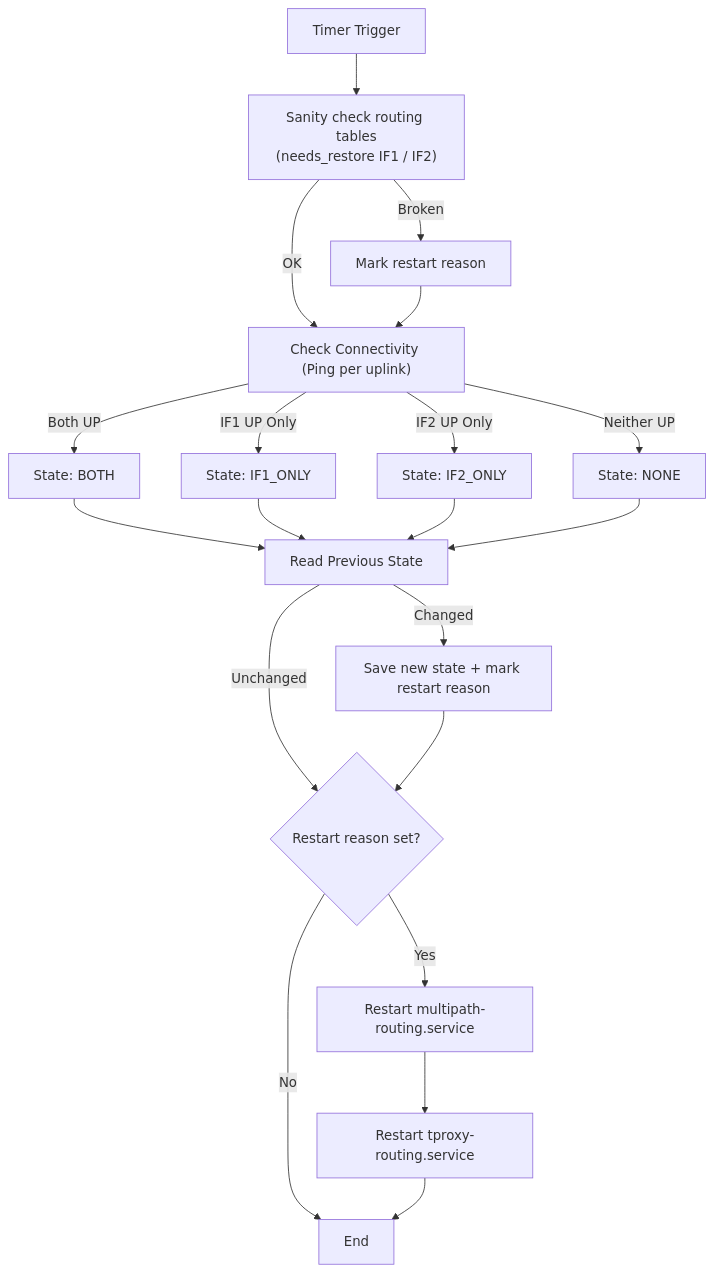
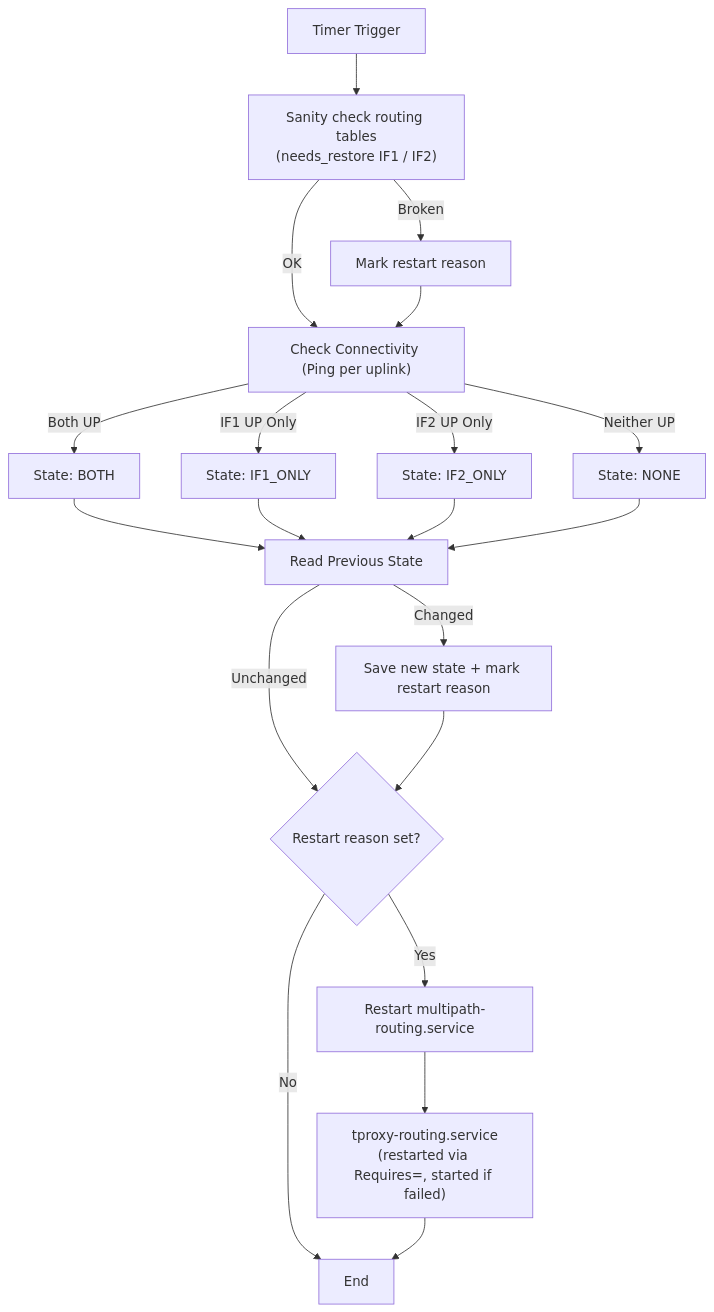
The diagram in README.md (mingcheng/faure.sh), drawn with Mermaid before and after one commit. The commit also changed other lines of this file and 13 other files, not shown here.

````diff
--- a/README.md
+++ b/README.md
@@ -180,26 +181,26 @@
 ```mermaid
 graph TD
     Start[Timer Trigger] --> SanityCheck["Sanity check routing tables<br/>(needs_restore IF1 / IF2)"]
     SanityCheck -- Broken --> MarkRestart[Mark restart reason]
     SanityCheck -- OK --> CheckConn["Check Connectivity (Ping per uplink)"]
     MarkRestart --> CheckConn
 
     CheckConn -- Both UP --> StateBoth[State: BOTH]
     CheckConn -- IF1 UP Only --> StateIF1[State: IF1_ONLY]
     CheckConn -- IF2 UP Only --> StateIF2[State: IF2_ONLY]
     CheckConn -- Neither UP --> StateNone[State: NONE]
 
     StateBoth --> ReadOld[Read Previous State]
     StateIF1 --> ReadOld
     StateIF2 --> ReadOld
     StateNone --> ReadOld
 
     ReadOld -- Changed --> SaveState[Save new state + mark restart reason]
     ReadOld -- Unchanged --> Decide{Restart reason set?}
     SaveState --> Decide
 
     Decide -- Yes --> UpdateRoute[Restart multipath-routing.service]
     Decide -- No --> End[End]
-    UpdateRoute --> UpdateTProxy[Restart tproxy-routing.service]
+    UpdateRoute --> UpdateTProxy["tproxy-routing.service<br/>(restarted via Requires=, started if failed)"]
     UpdateTProxy --> End
 ```
````
